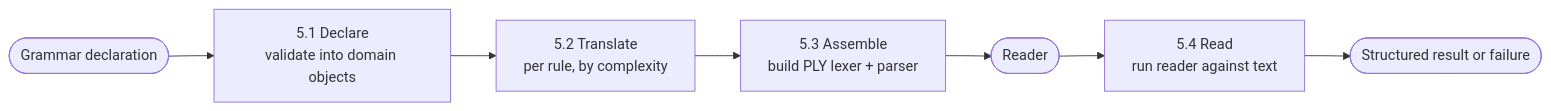
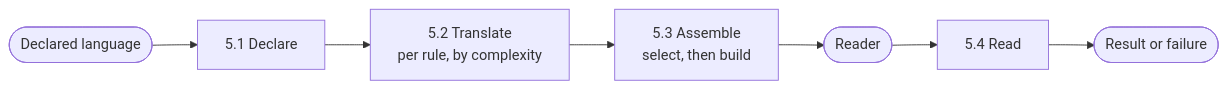
One commit to greatstrength/tiferet-ly changed the diagram in docs/core-domain-distillation.md. Above: the diagram before and after it, drawn with Mermaid. The commit also changed other lines of this file and 1 other file, not shown here.

````diff
--- a/docs/core-domain-distillation.md
+++ b/docs/core-domain-distillation.md
@@ -317,9 +245,9 @@
 ```mermaid
 flowchart LR
-  DECL([Grammar declaration]) --> D["5.1 Declare<br/>validate into domain objects"]
+  DECL([Declared language]) --> D["5.1 Declare"]
   D --> T["5.2 Translate<br/>per rule, by complexity"]
-  T --> A["5.3 Assemble<br/>build PLY lexer + parser"]
+  T --> A["5.3 Assemble<br/>select, then build"]
   A --> R([Reader])
-  R --> READ["5.4 Read<br/>run reader against text"]
-  READ --> OUT([Structured result or failure])
+  R --> READ["5.4 Read"]
+  READ --> OUT([Result or failure])
 ```
````
